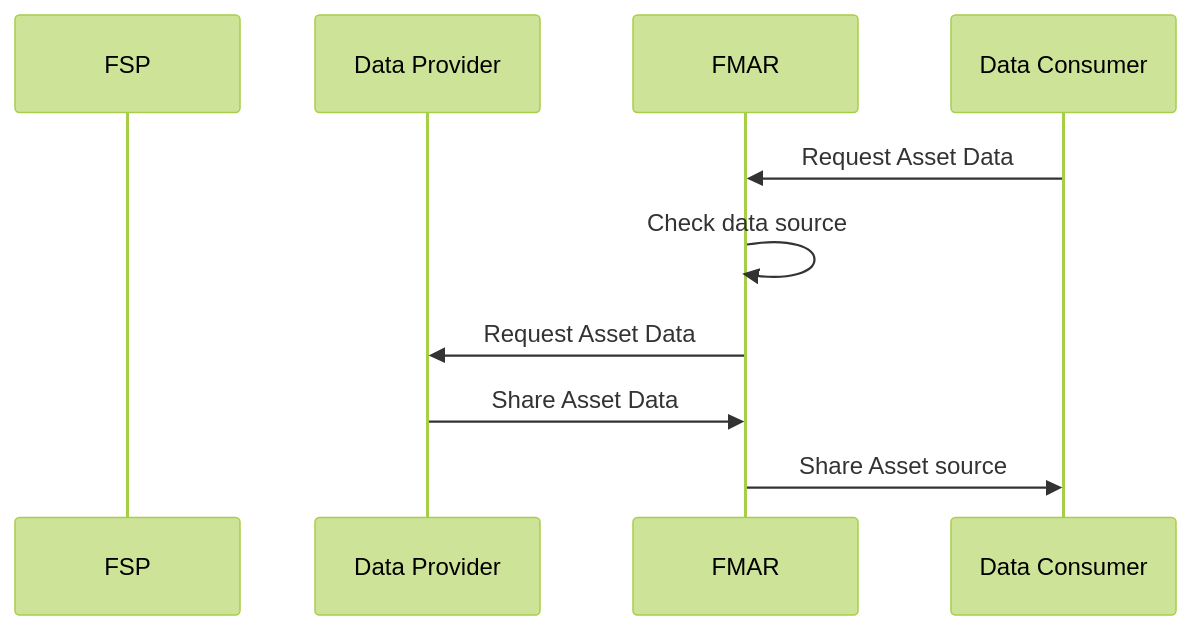
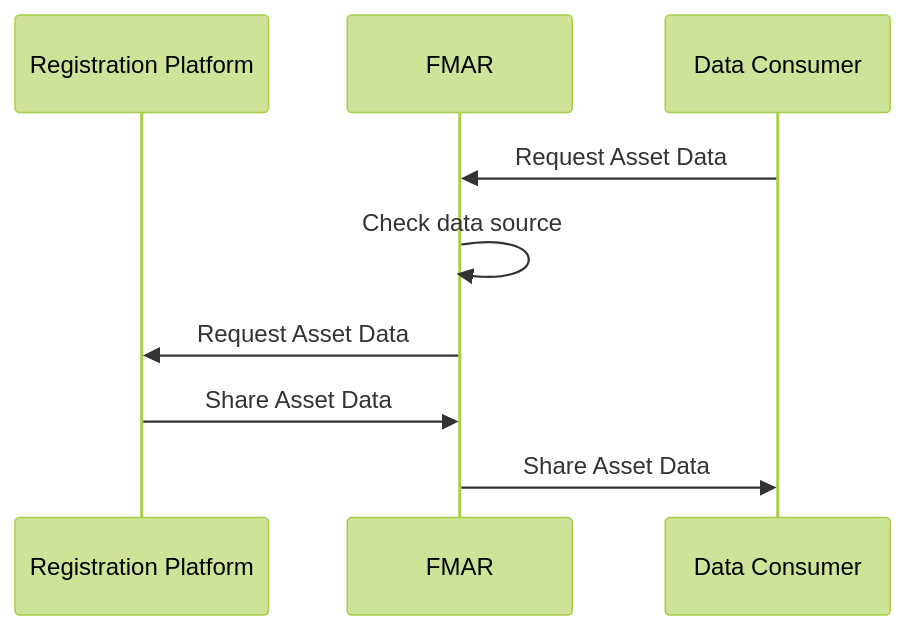
Before and after one commit to mez-FMDA/test2: the fourth of 6 diagrams in docs/Market_Facilitator/FMAR_Design/Data_Architecture/Sequence_Diagram_centralised_Vs_Decentralised.md, drawn with Mermaid (forest theme). The commit also changed other lines of this file, not shown here.

````diff
--- a/docs/Market_Facilitator/FMAR_Design/Data_Architecture/Sequence_Diagram_centralised_Vs_Decentralised.md
+++ b/docs/Market_Facilitator/FMAR_Design/Data_Architecture/Sequence_Diagram_centralised_Vs_Decentralised.md
@@ -73,12 +73,11 @@
 ```mermaid
 sequenceDiagram
-    participant FSP
-    participant Data Provider
+    participant Registration Platform
     participant FMAR
     participant Data Consumer
     Data Consumer->>FMAR: Request Asset Data
     FMAR->>FMAR: Check data source
-    FMAR->> Data Provider: Request Asset Data
-    Data Provider->> FMAR: Share Asset Data
-    FMAR->> Data Consumer: Share Asset source
+    FMAR->> Registration Platform: Request Asset Data
+    Registration Platform->> FMAR: Share Asset Data
+    FMAR->> Data Consumer: Share Asset Data
 ```
````
